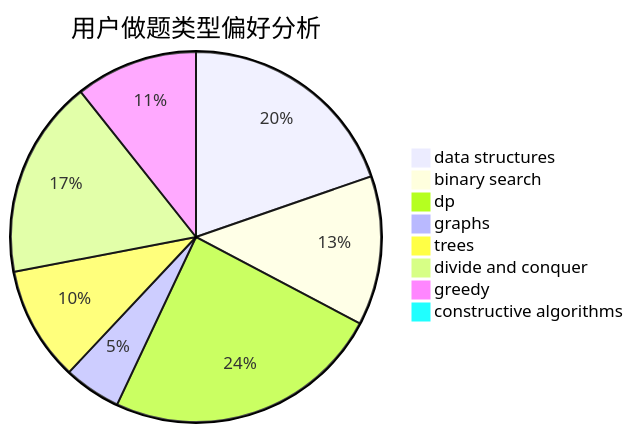
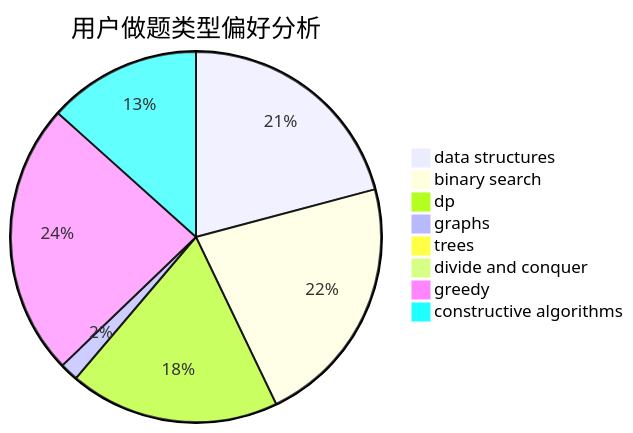
One commit to sherpahu/cfrs.github.io changed the second of 3 diagrams in docs/user/u287.md. Above: the diagram before and after it, drawn with Mermaid. The commit also changed other lines of this file and 2770 other files, not shown here.

````diff
--- a/docs/user/u287.md
+++ b/docs/user/u287.md
@@ -23,11 +23,11 @@
 ```mermaid
 pie title 用户做题类型偏好分析
-    "data structures" :  142
-    "binary search" :  94
-    "dp" :  175
-    "graphs" :  36
-    "trees" :  72
-    "divide and conquer" :  125
-    "greedy" :  77
-    "constructive algorithms" :  5
+    "data structures" :  520
+    "binary search" :  549
+    "dp" :  457
+    "graphs" :  40
+    "trees" :  10
+    "divide and conquer" :  0
+    "greedy" :  594
+    "constructive algorithms" :  333
 ```
````
